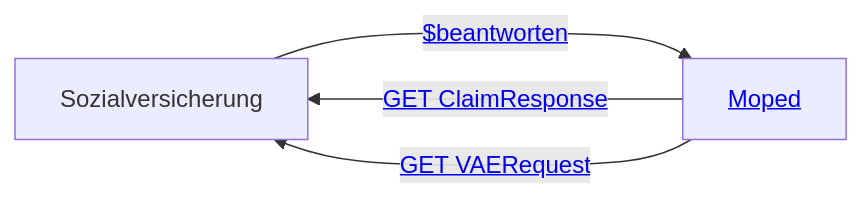
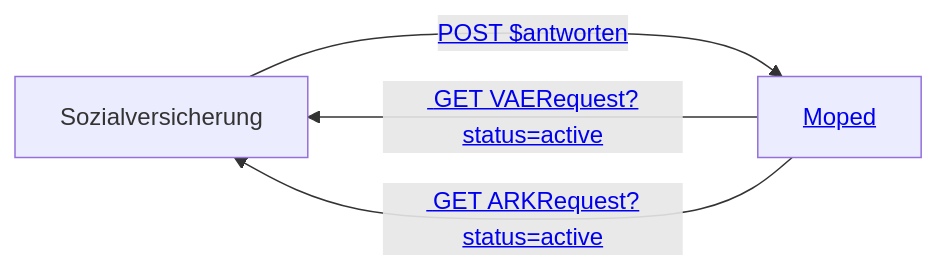
Before and after one commit to HL7Austria/ELGA-MOPED-R5: the third of 5 diagrams in input/pagecontent/actors.md, drawn with Mermaid. The commit also changed other lines of this file and 5 other files, not shown here.

Commit message:
#388 #569 updated process diagrams and added content

```diff
--- a/input/pagecontent/actors.md
+++ b/input/pagecontent/actors.md
@@ -59,8 +55,8 @@
 <pre class="mermaid">
     graph LR
     SV[Sozialversicherung]
     Moped[<a href="#top">Moped</a>] 
-    Moped --->|<a href="StructureDefinition-MopedLKFResponse.html"> GET ClaimResponse</a>| SV
-    Moped --->|<a href="StructureDefinition-MopedVAERequest.html"> GET VAERequest</a>| SV
-    SV --->|<a href="OperationDefinition-MOPED.VAEResponse.Beantworten.html"> $beantworten</a>| Moped
+    Moped --->|<a href="StructureDefinition-MopedVAERequest.html"> GET VAERequest?status=active</a>| SV
+    Moped --->|<a href="StructureDefinition-MopedARKRequest.html"> GET ARKRequest?status=active</a>| SV
+    SV --->|<a href="OperationDefinition-MOPED.VAEResponse.Beantworten.html"> POST $antworten</a>| Moped
 </pre>   
```
